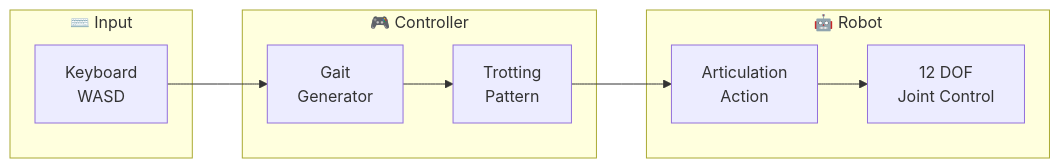
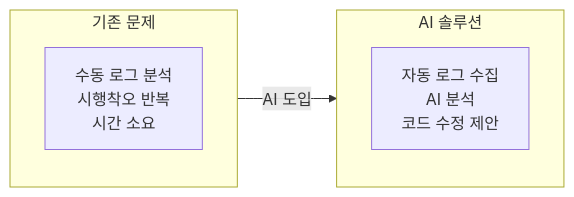
One commit to heungh/isaac_robot_test changed the first of 3 diagrams in README.md. Above: the diagram before and after it, drawn with Mermaid. The commit also changed other lines of this file and 12 other files, not shown here.

````diff
--- a/README.md
+++ b/README.md
@@ -171,21 +13,12 @@
 ```mermaid
 flowchart LR
-    subgraph Input["⌨️ Input"]
-        KB["Keyboard<br/>WASD"]
+    subgraph Problem["기존 문제"]
+        Manual["수동 로그 분석<br/>시행착오 반복<br/>시간 소요"]
     end
 
-    subgraph Controller["🎮 Controller"]
-        Gait["Gait<br/>Generator"]
-        Trot["Trotting<br/>Pattern"]
+    subgraph Solution["AI 솔루션"]
+        Auto["자동 로그 수집<br/>AI 분석<br/>코드 수정 제안"]
     end
 
-    subgraph Robot["🤖 Robot"]
-        Action["Articulation<br/>Action"]
-        Joints["12 DOF<br/>Joint Control"]
-    end
-
-    KB --> Gait
-    Gait --> Trot
-    Trot --> Action
-    Action --> Joints
+    Problem -->|"AI 도입"| Solution
 ```
````
